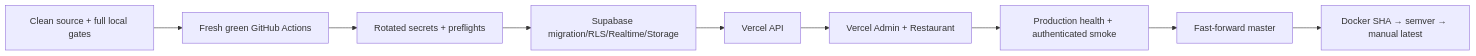
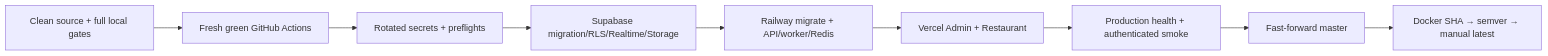
One commit to JasonTM17/FoodDelivery_App changed the diagram in docs/deployment-guide.md. Above: the diagram before and after it, drawn with Mermaid. The commit also changed other lines of this file and 35 other files, not shown here.

````diff
--- a/docs/deployment-guide.md
+++ b/docs/deployment-guide.md
@@ -26,11 +27,11 @@
 ```mermaid
 flowchart LR
     A["Clean source + full local gates"] --> B["Fresh green GitHub Actions"]
     B --> C["Rotated secrets + preflights"]
     C --> D["Supabase migration/RLS/Realtime/Storage"]
-    D --> E["Vercel API"]
+    D --> E["Railway migrate + API/worker/Redis"]
     E --> F["Vercel Admin + Restaurant"]
     F --> G["Production health + authenticated smoke"]
     G --> H["Fast-forward master"]
     H --> I["Docker SHA → semver → manual latest"]
 ```
````
